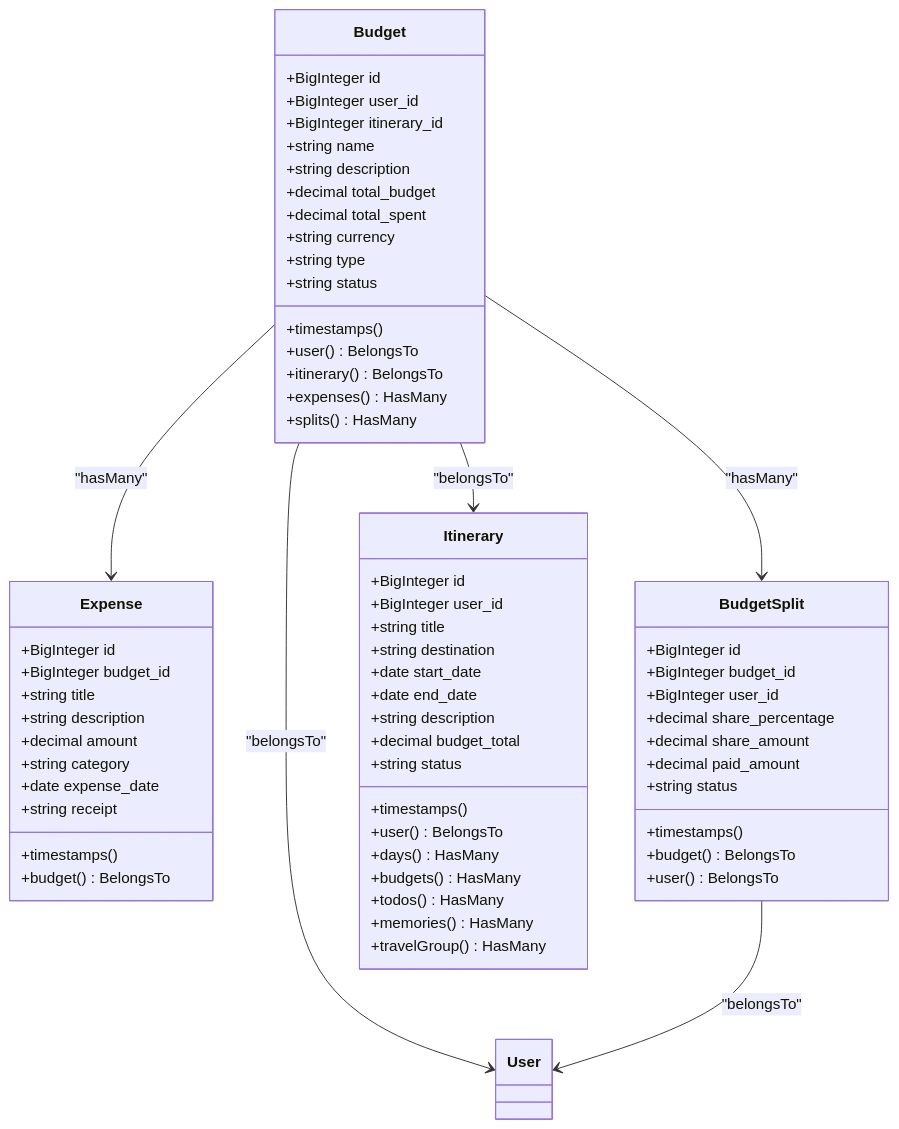
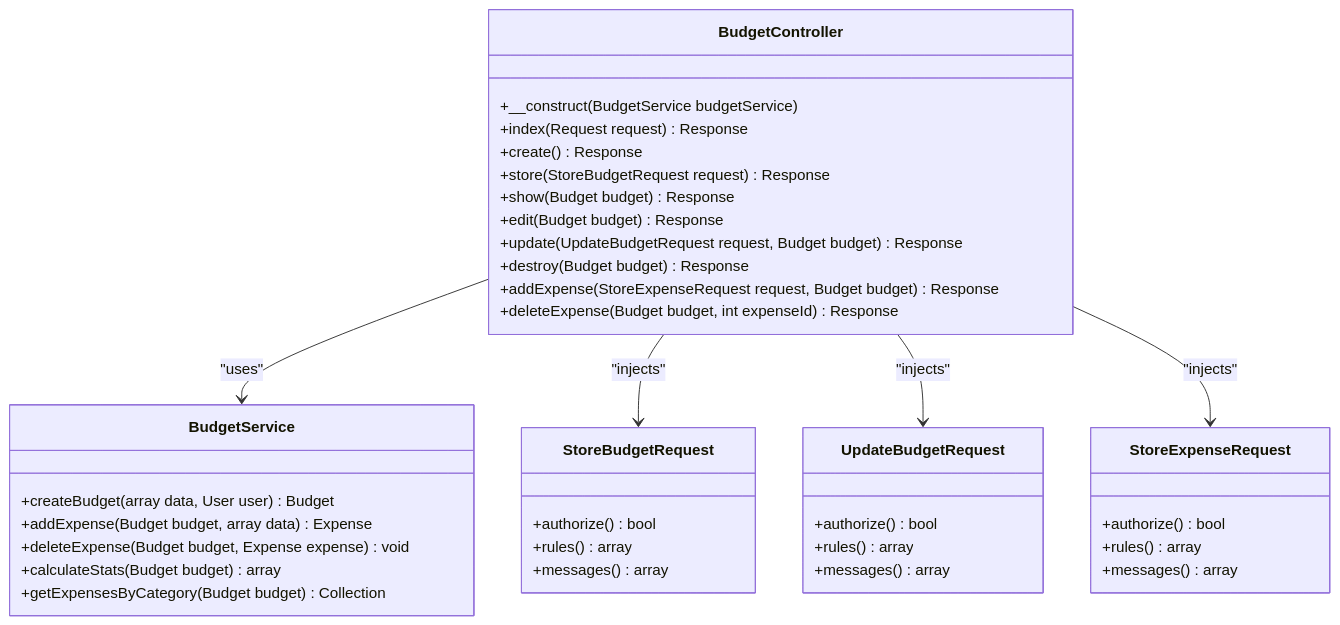
Before and after one commit to VenokM05/Travel_Project: the third of 9 diagrams in .qoder/repowiki/en/content/Budget and Expense Tracking.md, drawn with Mermaid. The commit also changed other lines of this file and 12 other files, not shown here.

````diff
--- a/.qoder/repowiki/en/content/Budget and Expense Tracking.md
+++ b/.qoder/repowiki/en/content/Budget and Expense Tracking.md
@@ -179,67 +203,41 @@
 ```mermaid
 classDiagram
-class Budget {
-+BigInteger id
-+BigInteger user_id
-+BigInteger itinerary_id
-+string name
-+string description
-+decimal total_budget
-+decimal total_spent
-+string currency
-+string type
-+string status
-+timestamps()
-+user() BelongsTo
-+itinerary() BelongsTo
-+expenses() HasMany
-+splits() HasMany
+class BudgetController {
++__construct(BudgetService budgetService)
++index(Request request) Response
++create() Response
++store(StoreBudgetRequest request) Response
++show(Budget budget) Response
++edit(Budget budget) Response
++update(UpdateBudgetRequest request, Budget budget) Response
++destroy(Budget budget) Response
++addExpense(StoreExpenseRequest request, Budget budget) Response
++deleteExpense(Budget budget, int expenseId) Response
 }
-class Expense {
-+BigInteger id
-+BigInteger budget_id
-+string title
-+string description
-+decimal amount
-+string category
-+date expense_date
-+string receipt
-+timestamps()
-+budget() BelongsTo
+class BudgetService {
++createBudget(array data, User user) Budget
++addExpense(Budget budget, array data) Expense
++deleteExpense(Budget budget, Expense expense) void
++calculateStats(Budget budget) array
++getExpensesByCategory(Budget budget) Collection
 }
-class BudgetSplit {
-+BigInteger id
-+BigInteger budget_id
-+BigInteger user_id
-+decimal share_percentage
-+decimal share_amount
-+decimal paid_amount
-+string status
-+timestamps()
-+budget() BelongsTo
-+user() BelongsTo
+class StoreBudgetRequest {
++authorize() bool
++rules() array
++messages() array
 }
-class Itinerary {
-+BigInteger id
-+BigInteger user_id
-+string title
-+string destination
-+date start_date
-+date end_date
-+string description
-+decimal budget_total
-+string status
-+timestamps()
-+user() BelongsTo
-+days() HasMany
-+budgets() HasMany
-+todos() HasMany
-+memories() HasMany
-+travelGroup() HasMany
+class UpdateBudgetRequest {
++authorize() bool
++rules() array
++messages() array
 }
-Budget --> Expense : "hasMany"
-Budget --> BudgetSplit : "hasMany"
-Budget --> Itinerary : "belongsTo"
-Budget --> User : "belongsTo"
-BudgetSplit --> User : "belongsTo"
+class StoreExpenseRequest {
++authorize() bool
++rules() array
++messages() array
+}
+BudgetController --> BudgetService : "uses"
+BudgetController --> StoreBudgetRequest : "injects"
+BudgetController --> UpdateBudgetRequest : "injects"
+BudgetController --> StoreExpenseRequest : "injects"
 ```
````
